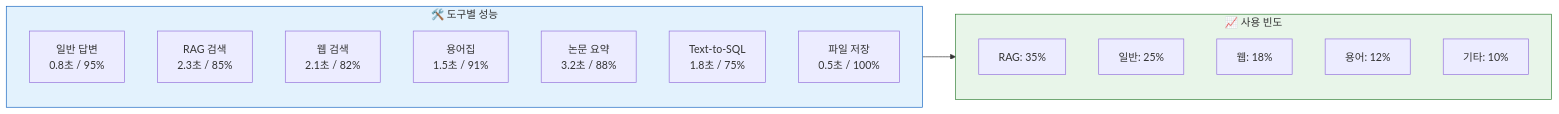
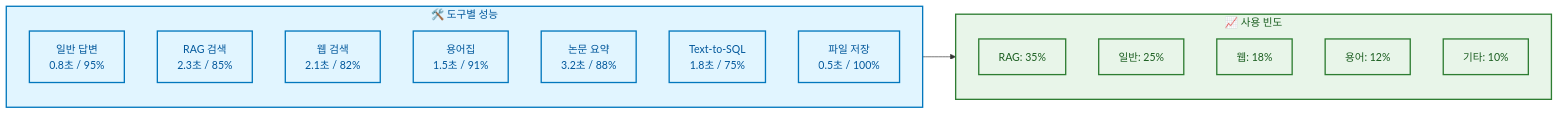
One commit to AIBootcamp14/langchainproject-new-langchainproject_5 changed the fourth of 6 diagrams in docs/PPT/04_실행_결과.md. Above: the diagram before and after it, drawn with Mermaid. The commit also changed other lines of this file and 5 other files, not shown here.

First line of the commit message:
style(docs): PPT 문서에 mermaid 스타일 가이드 적용

````diff
--- a/docs/PPT/04_실행_결과.md
+++ b/docs/PPT/04_실행_결과.md
@@ -225,25 +265,39 @@
 ```mermaid
 graph LR
     subgraph Tools["🛠️ 도구별 성능"]
         T1[일반 답변<br/>0.8초 / 95%]
         T2[RAG 검색<br/>2.3초 / 85%]
         T3[웹 검색<br/>2.1초 / 82%]
         T4[용어집<br/>1.5초 / 91%]
         T5[논문 요약<br/>3.2초 / 88%]
         T6[Text-to-SQL<br/>1.8초 / 75%]
         T7[파일 저장<br/>0.5초 / 100%]
     end
 
     subgraph Usage["📈 사용 빈도"]
         U1[RAG: 35%]
         U2[일반: 25%]
         U3[웹: 18%]
         U4[용어: 12%]
         U5[기타: 10%]
     end
 
     Tools --> Usage
 
-    style Tools fill:#e3f2fd,stroke:#1565c0
-    style Usage fill:#e8f5e9,stroke:#2e7d32
+    style Tools fill:#e1f5ff,stroke:#0277bd,stroke-width:2px,color:#01579b
+    style Usage fill:#e8f5e9,stroke:#2e7d32,stroke-width:2px,color:#1b5e20
+
+    style T1 fill:#e1f5ff,stroke:#0277bd,stroke-width:2px,color:#01579b
+    style T2 fill:#e1f5ff,stroke:#0277bd,stroke-width:2px,color:#01579b
+    style T3 fill:#e1f5ff,stroke:#0277bd,stroke-width:2px,color:#01579b
+    style T4 fill:#e1f5ff,stroke:#0277bd,stroke-width:2px,color:#01579b
+    style T5 fill:#e1f5ff,stroke:#0277bd,stroke-width:2px,color:#01579b
+    style T6 fill:#e1f5ff,stroke:#0277bd,stroke-width:2px,color:#01579b
+    style T7 fill:#e1f5ff,stroke:#0277bd,stroke-width:2px,color:#01579b
+
+    style U1 fill:#e8f5e9,stroke:#2e7d32,stroke-width:2px,color:#1b5e20
+    style U2 fill:#e8f5e9,stroke:#2e7d32,stroke-width:2px,color:#1b5e20
+    style U3 fill:#e8f5e9,stroke:#2e7d32,stroke-width:2px,color:#1b5e20
+    style U4 fill:#e8f5e9,stroke:#2e7d32,stroke-width:2px,color:#1b5e20
+    style U5 fill:#e8f5e9,stroke:#2e7d32,stroke-width:2px,color:#1b5e20
 ```
````
